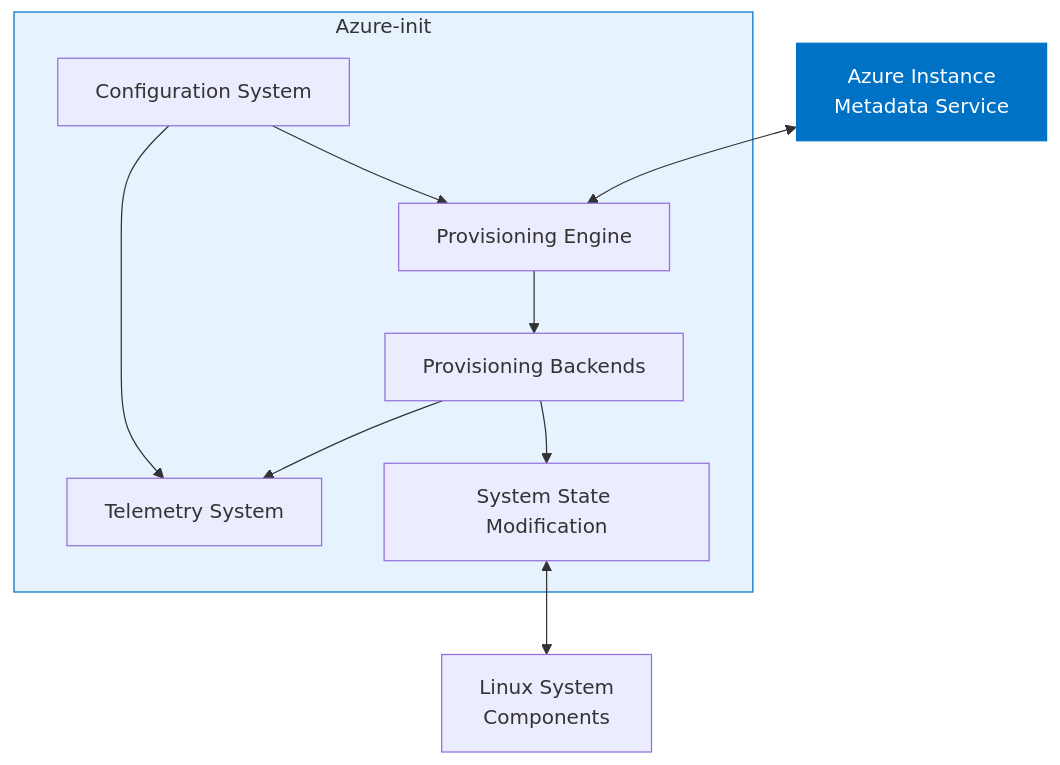
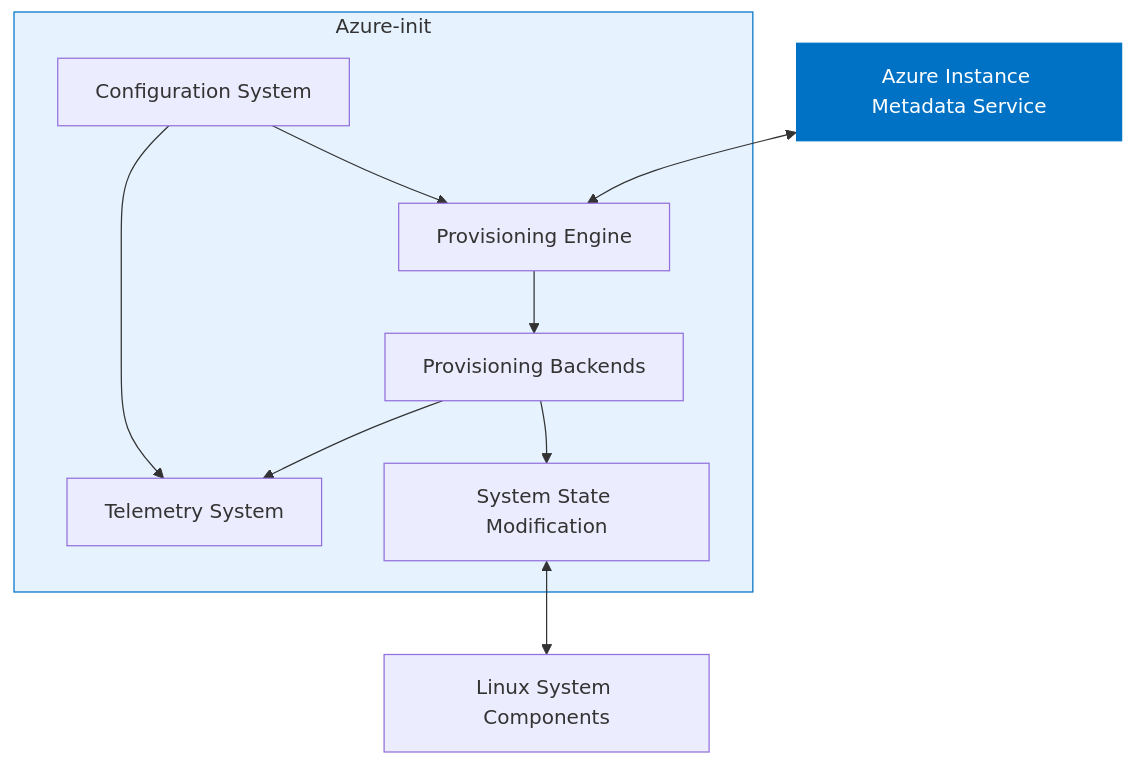
Before and after one commit to Azure/azure-init: the diagram in doc/architecture.md, drawn with Mermaid. The commit also changed other lines of this file and 2 other files, not shown here.

Commit message:
Clarify testing structure

````diff
--- a/doc/architecture.md
+++ b/doc/architecture.md
@@ -10,19 +11,19 @@
 ```mermaid
 flowchart TD
     subgraph AzureInit["Azure-init"]
         Config["Configuration System"] --> Engine["Provisioning Engine"]
         Config --> Telemetry["Telemetry System"]
         Engine --> Backends["Provisioning Backends"]
         Backends --> SystemState["System State Modification"]
         Backends --> Telemetry
     end
     
-    IMDS["Azure Instance\nMetadata Service"] <--> Engine
-    SystemState <--> LinuxSystem["Linux System\nComponents"]
+    IMDS["Azure Instance Metadata Service"] <--> Engine
+    SystemState <--> LinuxSystem["Linux System Components"]
     
     classDef azure fill:#0072C6,stroke:#0072C6,color:white;
     classDef azureInit fill:#e6f3ff,stroke:#0072C6;
     
     class IMDS azure;
     class AzureInit azureInit;
 ```
````
